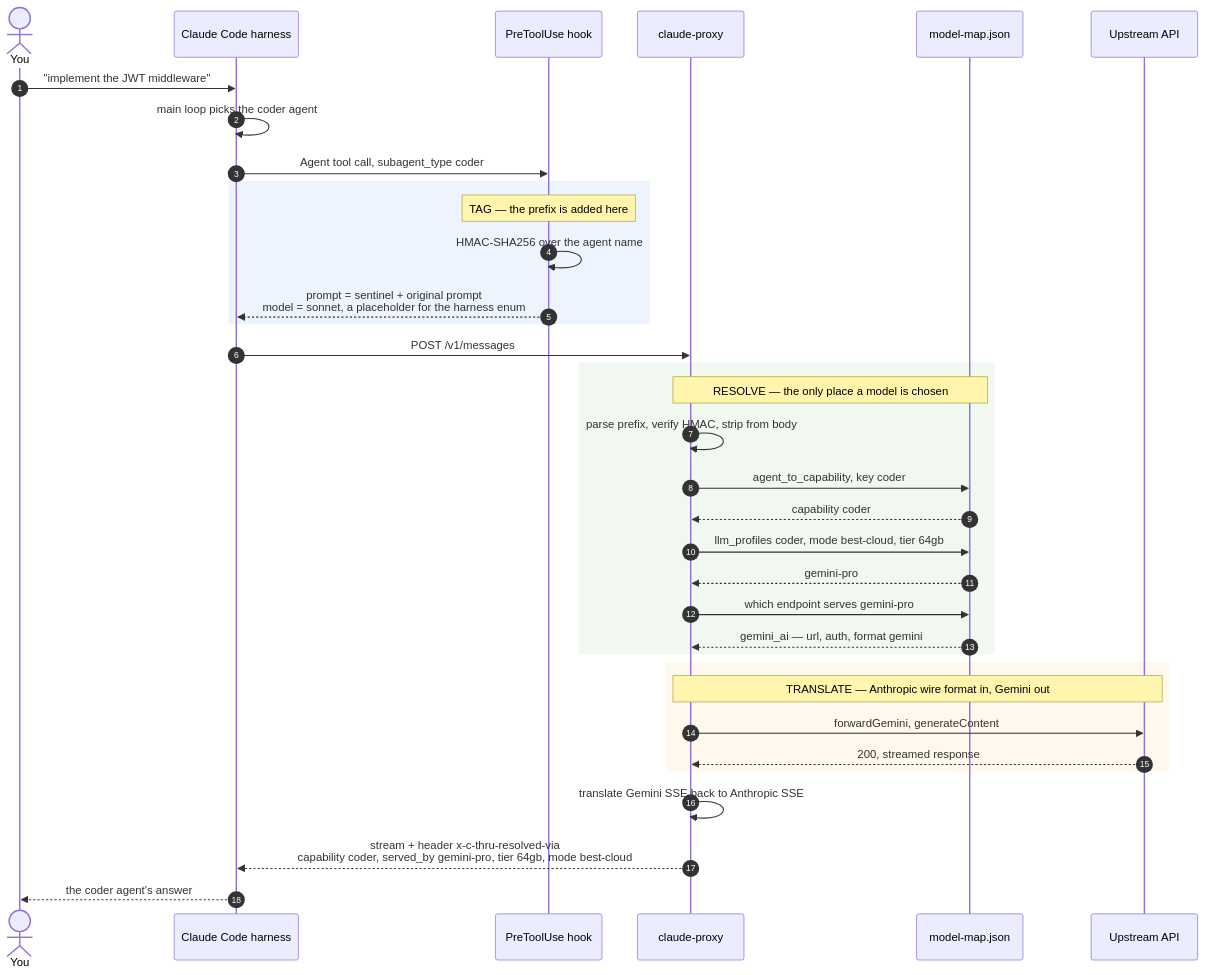
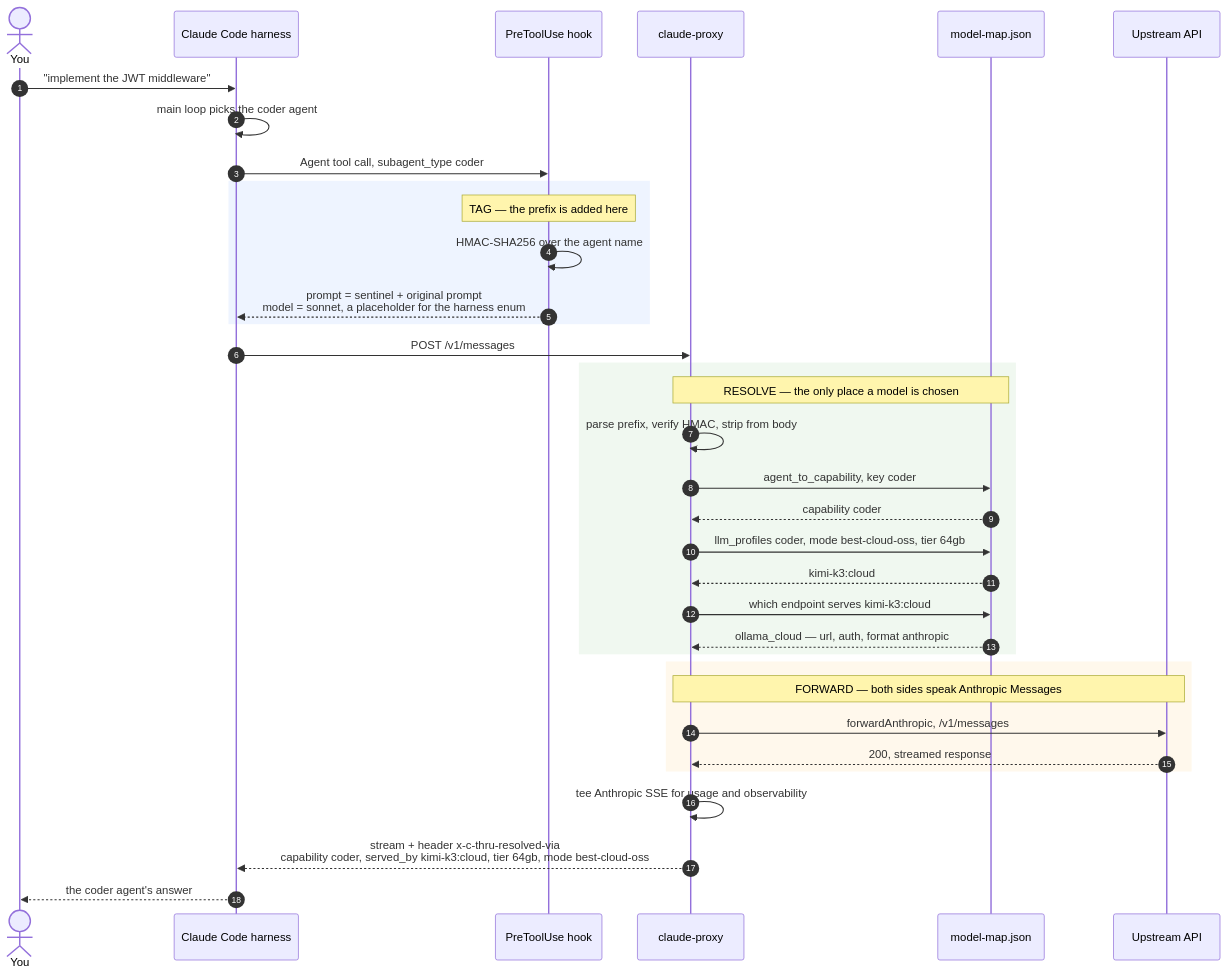
One commit to whichguy/c-thru changed the fifth of 7 diagrams in README.md. Above: the diagram before and after it, drawn with Mermaid. The commit also changed other lines of this file and 69 other files, not shown here.

````diff
--- a/README.md
+++ b/README.md
@@ -397,43 +398,43 @@
 ```mermaid
 sequenceDiagram
     autonumber
     actor You
     participant CC as Claude Code harness
     participant Hook as PreToolUse hook
     participant Proxy as claude-proxy
     participant Map as model-map.json
     participant Up as Upstream API
 
     You->>CC: "implement the JWT middleware"
     CC->>CC: main loop picks the coder agent
     CC->>Hook: Agent tool call, subagent_type coder
 
     rect rgb(238, 244, 255)
     Note over Hook: TAG — the prefix is added here
     Hook->>Hook: HMAC-SHA256 over the agent name
     Hook-->>CC: prompt = sentinel + original prompt<br/>model = sonnet, a placeholder for the harness enum
     end
 
     CC->>Proxy: POST /v1/messages
 
     rect rgb(240, 248, 240)
     Note over Proxy,Map: RESOLVE — the only place a model is chosen
     Proxy->>Proxy: parse prefix, verify HMAC, strip from body
     Proxy->>Map: agent_to_capability, key coder
     Map-->>Proxy: capability coder
-    Proxy->>Map: llm_profiles coder, mode best-cloud, tier 64gb
-    Map-->>Proxy: gemini-pro
-    Proxy->>Map: which endpoint serves gemini-pro
-    Map-->>Proxy: gemini_ai — url, auth, format gemini
+    Proxy->>Map: llm_profiles coder, mode best-cloud-oss, tier 64gb
+    Map-->>Proxy: kimi-k3:cloud
+    Proxy->>Map: which endpoint serves kimi-k3:cloud
+    Map-->>Proxy: ollama_cloud — url, auth, format anthropic
     end
 
     rect rgb(255, 248, 236)
-    Note over Proxy,Up: TRANSLATE — Anthropic wire format in, Gemini out
-    Proxy->>Up: forwardGemini, generateContent
+    Note over Proxy,Up: FORWARD — both sides speak Anthropic Messages
+    Proxy->>Up: forwardAnthropic, /v1/messages
     Up-->>Proxy: 200, streamed response
     end
 
-    Proxy->>Proxy: translate Gemini SSE back to Anthropic SSE
-    Proxy-->>CC: stream + header x-c-thru-resolved-via<br/>capability coder, served_by gemini-pro, tier 64gb, mode best-cloud
+    Proxy->>Proxy: tee Anthropic SSE for usage and observability
+    Proxy-->>CC: stream + header x-c-thru-resolved-via<br/>capability coder, served_by kimi-k3:cloud, tier 64gb, mode best-cloud-oss
     CC-->>You: the coder agent's answer
 ```
````
